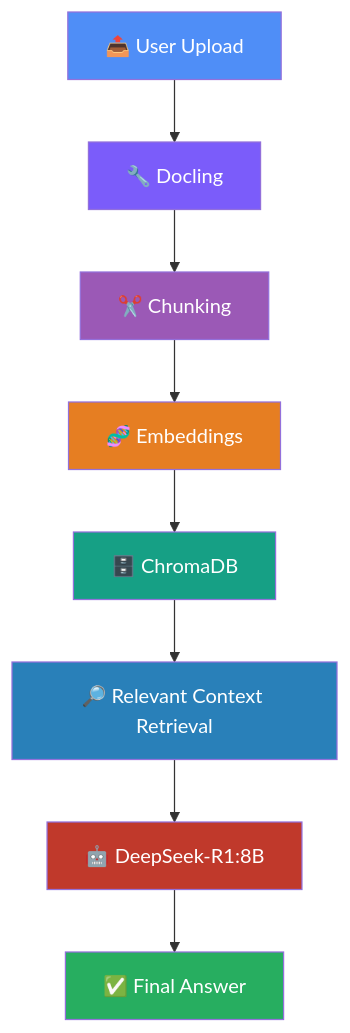
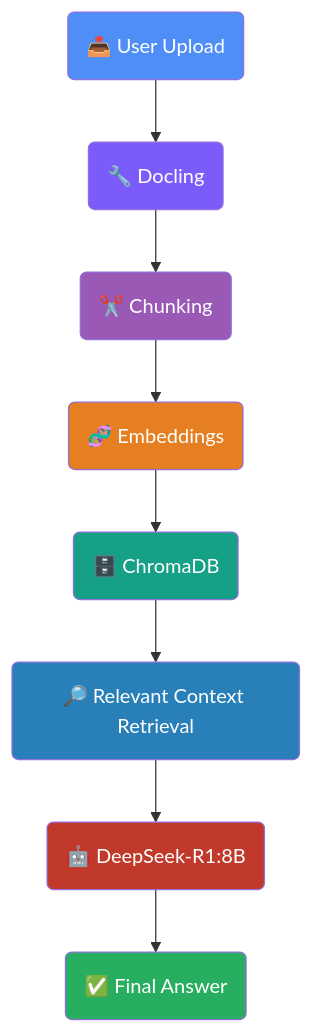
One commit to arnav-terex/ReDocs changed the first of 2 diagrams in README.md. Above: the diagram before and after it, drawn with Mermaid.

Commit message:
Updated Readme.md file

````diff
--- a/README.md
+++ b/README.md
@@ -105,19 +105,19 @@
 ```mermaid
 flowchart TD
-    A[📤 User Upload] --> B[🔧 Docling]
-    B --> C[✂️ Chunking]
-    C --> D[🧬 Embeddings]
-    D --> E[🗄️ ChromaDB]
-    E --> F[🔎 Relevant Context Retrieval]
-    F --> G[🤖 DeepSeek-R1:8B]
-    G --> H[✅ Final Answer]
+    A(📤 User Upload) --> B(🔧 Docling)
+    B --> C(✂️ Chunking)
+    C --> D(🧬 Embeddings)
+    D --> E(🗄️ ChromaDB)
+    E --> F(🔎 Relevant Context Retrieval)
+    F --> G(🤖 DeepSeek-R1:8B)
+    G --> H(✅ Final Answer)
 
     style A fill:#4F8EF7,color:#fff
     style B fill:#7B5CFA,color:#fff
     style C fill:#9B59B6,color:#fff
     style D fill:#E67E22,color:#fff
     style E fill:#16A085,color:#fff
     style F fill:#2980B9,color:#fff
     style G fill:#C0392B,color:#fff
     style H fill:#27AE60,color:#fff
 ```
````
